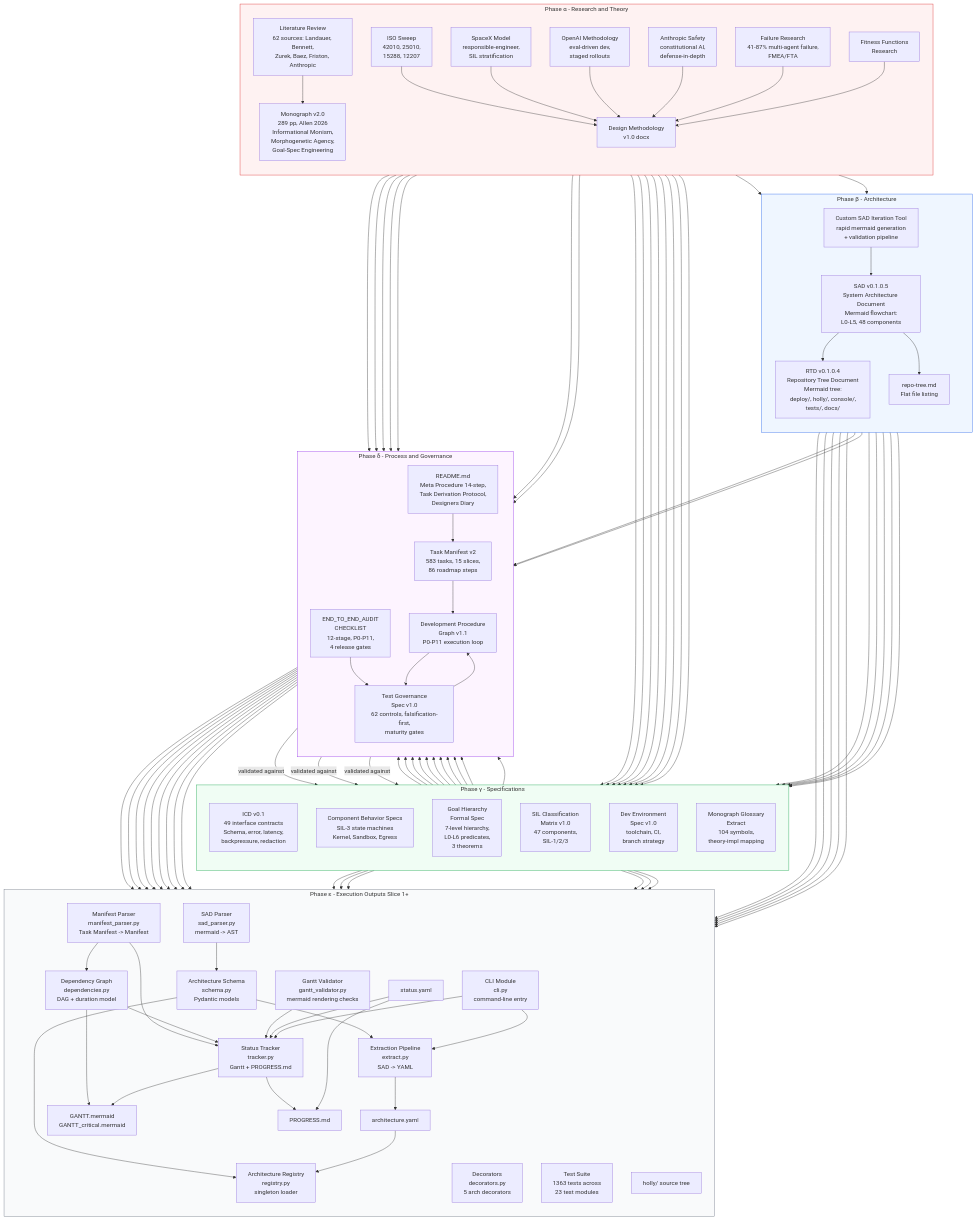
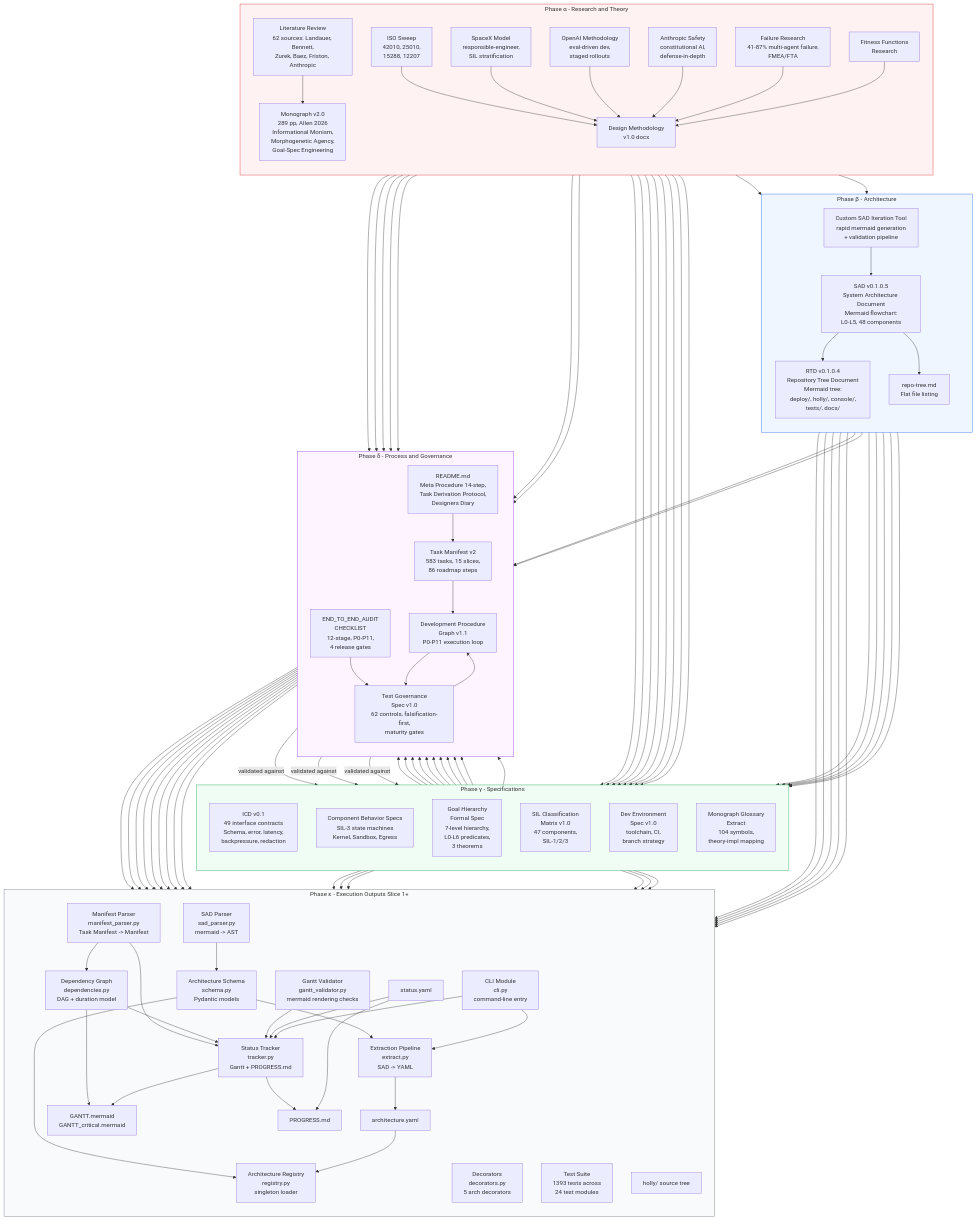
One commit to 1seansean1/ecom-agents changed the diagram in docs/architecture/Artifact_Genealogy.md. Above: the diagram before and after it, drawn with Mermaid. The commit also changed other lines of this file and 8 other files, not shown here.

```diff
--- a/docs/architecture/Artifact_Genealogy.md
+++ b/docs/architecture/Artifact_Genealogy.md
@@ -97,7 +97,7 @@
         GANTT["GANTT.mermaid\nGANTT_critical.mermaid"]
         PROG["PROGRESS.md"]
         STATYS["status.yaml"]
-        TESTS["Test Suite\n1363 tests across\n23 test modules"]
+        TESTS["Test Suite\n1393 tests across\n24 test modules"]
         CODE["holly/ source tree"]
     end
 
```
